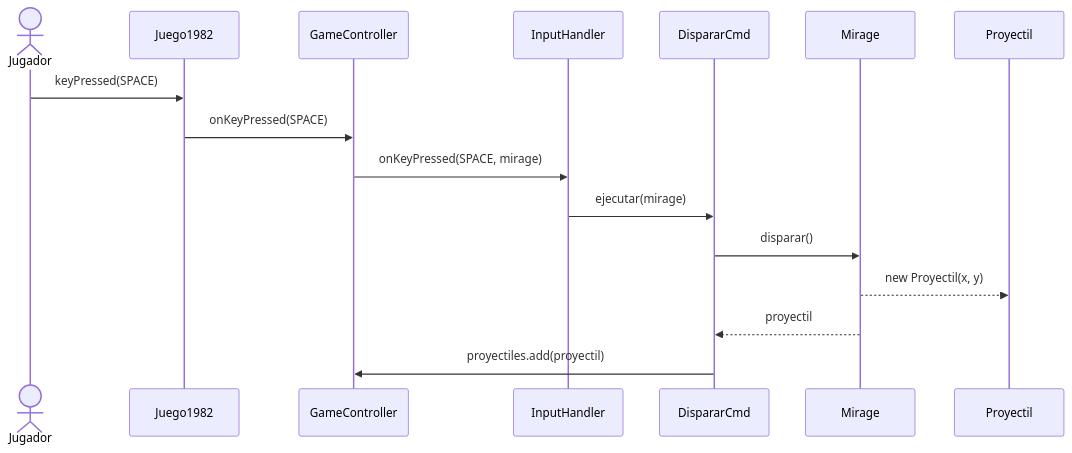
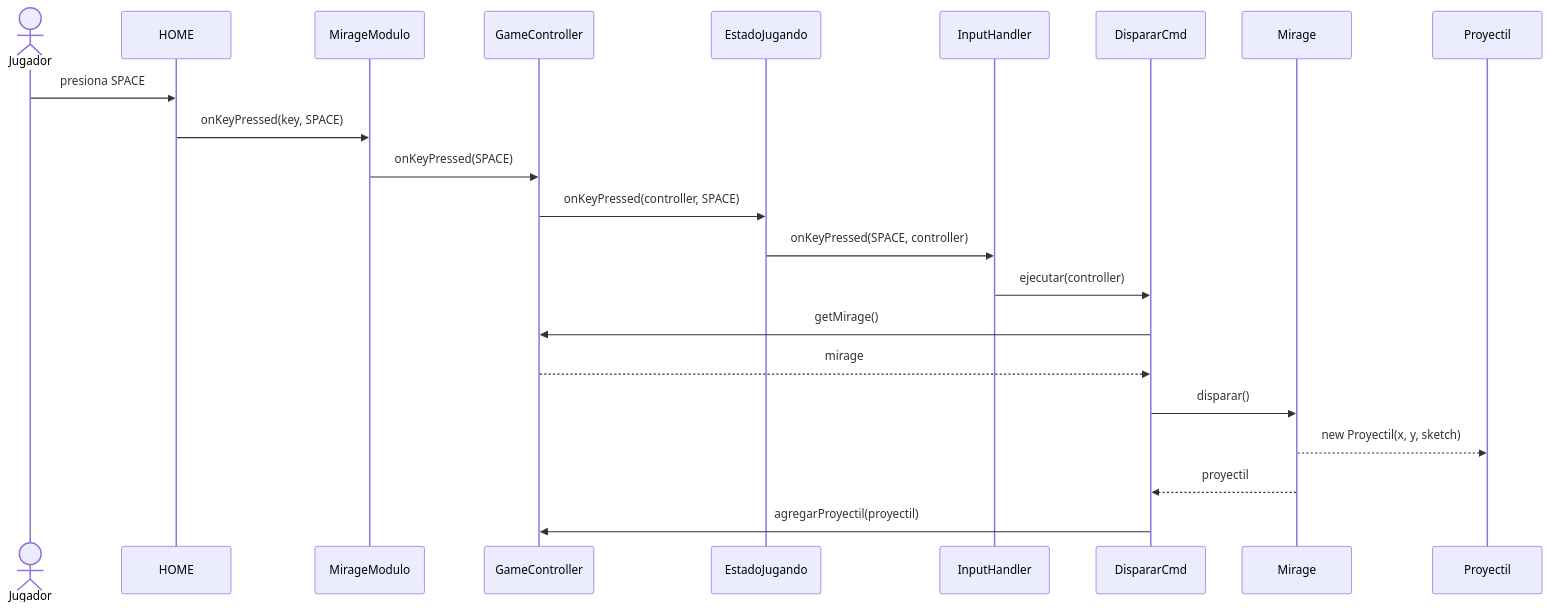
The third of 6 diagrams in docs/analisis/casos-de-uso.md (Christian-Rojas-Rodriguez/juego-1982), drawn with Mermaid before and after one commit. The commit also changed other lines of this file and 1 other file, not shown here.

Commit message:
fix: modificar diagramas de clase y casos de uso

````diff
--- a/docs/analisis/casos-de-uso.md
+++ b/docs/analisis/casos-de-uso.md
@@ -80,19 +90,25 @@
 ```mermaid
 sequenceDiagram
     actor Jugador
-    participant Juego1982
+    participant HOME
+    participant MirageModulo
     participant GameController
+    participant EstadoJugando
     participant InputHandler
     participant DispararCmd
     participant Mirage
     participant Proyectil
 
-    Jugador->>Juego1982: keyPressed(SPACE)
-    Juego1982->>GameController: onKeyPressed(SPACE)
-    GameController->>InputHandler: onKeyPressed(SPACE, mirage)
-    InputHandler->>DispararCmd: ejecutar(mirage)
+    Jugador->>HOME: presiona SPACE
+    HOME->>MirageModulo: onKeyPressed(key, SPACE)
+    MirageModulo->>GameController: onKeyPressed(SPACE)
+    GameController->>EstadoJugando: onKeyPressed(controller, SPACE)
+    EstadoJugando->>InputHandler: onKeyPressed(SPACE, controller)
+    InputHandler->>DispararCmd: ejecutar(controller)
+    DispararCmd->>GameController: getMirage()
+    GameController-->>DispararCmd: mirage
     DispararCmd->>Mirage: disparar()
-    Mirage-->>Proyectil: new Proyectil(x, y)
+    Mirage-->>Proyectil: new Proyectil(x, y, sketch)
     Mirage-->>DispararCmd: proyectil
-    DispararCmd->>GameController: proyectiles.add(proyectil)
+    DispararCmd->>GameController: agregarProyectil(proyectil)
 ```
````
